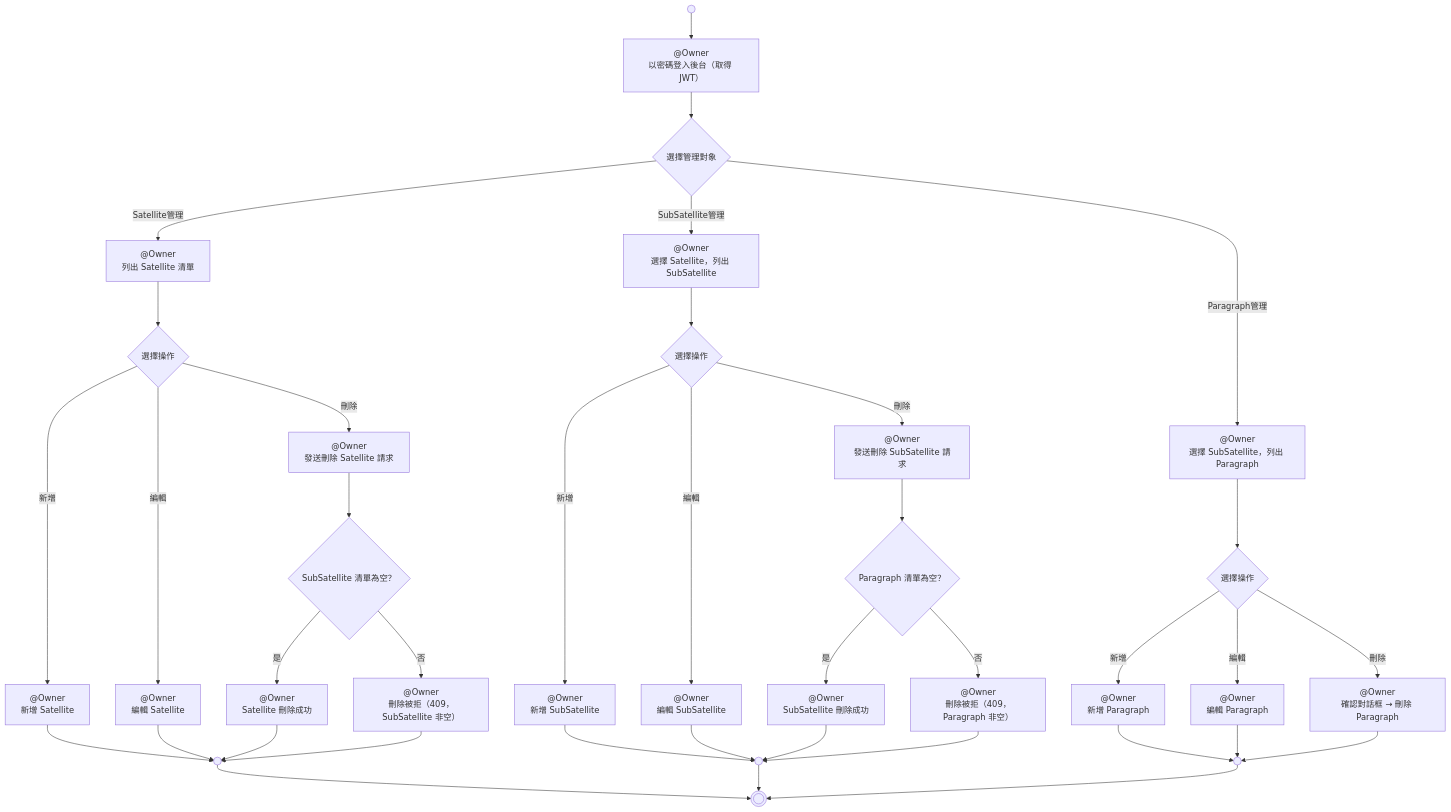
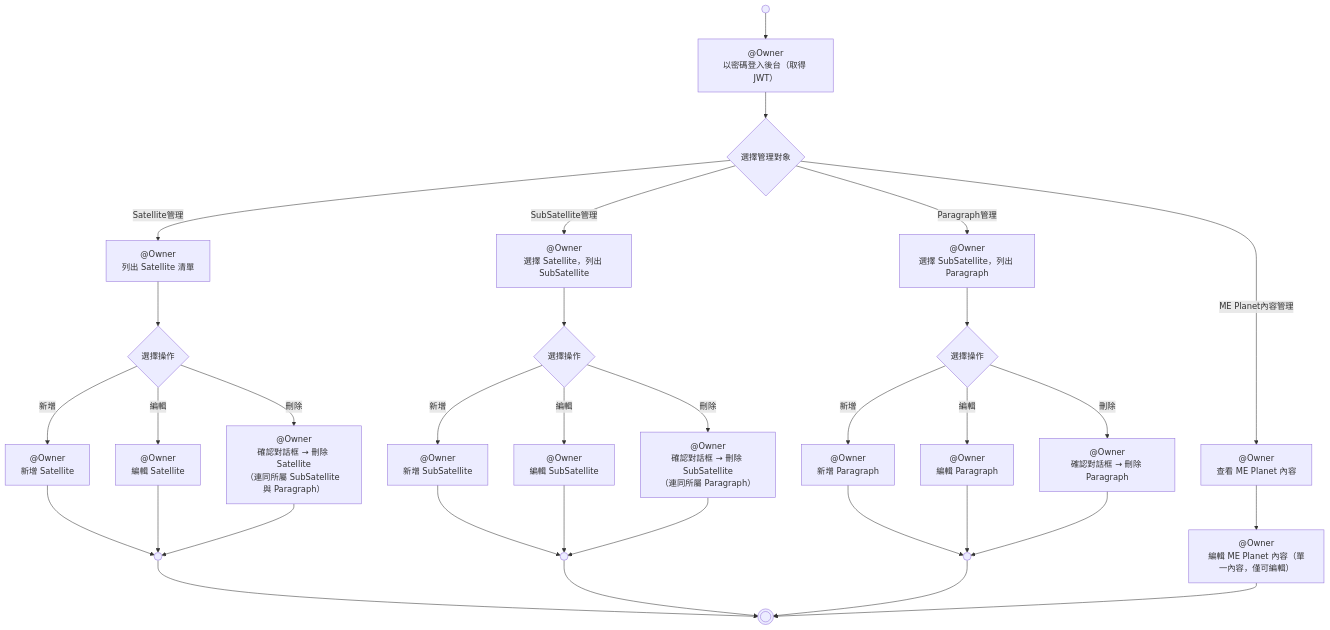
The diagram in specs/activities/後台管理流程.mmd (lallumeurRuby/ME_planet), drawn with Mermaid before and after one commit. The commit also changed 7 other files, not shown here.

Commit message:
feat: add specs, feature tests, and execution plan for ME planet modal cascade delete and content editing

```diff
--- a/specs/activities/後台管理流程.mmd
+++ b/specs/activities/後台管理流程.mmd
@@ -1,136 +1,121 @@
 %% ═══ 區段一：Activity 標頭與 Actor 宣告 ═══
 %% [ACTIVITY] 後台管理流程
 %% [ACTOR] Owner -> {specs/actors/擁有者.md}
 
 flowchart TD
 
 %% ═══ 區段二：節點定義 ═══
 
     Start(( ))
 
     %% [STEP:1] @Owner {features/admin/auth/進入後台.feature}
     S1["@Owner<br/>以密碼登入後台（取得 JWT）"]
 
     %% [DECISION:1a] 選擇管理對象
     D1a{"選擇管理對象"}
 
     %% ── Satellite 管理 ──
     %% [STEP:2] @Owner {features/visitor/universe/瀏覽3D宇宙.feature}
     S2["@Owner<br/>列出 Satellite 清單"]
 
     %% [DECISION:2a] 選擇 Satellite 操作
     D2a{"選擇操作"}
 
     %% [BRANCH:2a:新增] @Owner {features/admin/satellite/新增衛星.feature}
     B2a_create["@Owner<br/>新增 Satellite"]
 
     %% [BRANCH:2a:編輯] @Owner {features/admin/satellite/編輯衛星.feature}
     B2a_edit["@Owner<br/>編輯 Satellite"]
 
     %% [BRANCH:2a:刪除] @Owner {features/admin/satellite/刪除衛星.feature}
-    B2a_delete["@Owner<br/>發送刪除 Satellite 請求"]
-
-    %% [DECISION:2b] 確認 SubSatellite 清單是否為空
-    D2b{"SubSatellite 清單為空？"}
-
-    %% [BRANCH:2b:是] @Owner {features/admin/satellite/刪除衛星.feature}
-    B2b_empty["@Owner<br/>Satellite 刪除成功"]
-
-    %% [BRANCH:2b:否] @Owner {features/admin/satellite/刪除衛星.feature}
-    B2b_notempty["@Owner<br/>刪除被拒（409，SubSatellite 非空）"]
+    B2a_delete["@Owner<br/>確認對話框 → 刪除 Satellite<br/>（連同所屬 SubSatellite 與 Paragraph）"]
 
     %% [MERGE:2a]
     M2a(( ))
 
     %% ── SubSatellite 管理 ──
     %% [STEP:3] @Owner {features/visitor/universe/探索衛星.feature}
     S3["@Owner<br/>選擇 Satellite，列出 SubSatellite"]
 
     %% [DECISION:3a] 選擇 SubSatellite 操作
     D3a{"選擇操作"}
 
     %% [BRANCH:3a:新增] @Owner {features/admin/sub_satellite/新增子衛星.feature}
     B3a_create["@Owner<br/>新增 SubSatellite"]
 
     %% [BRANCH:3a:編輯] @Owner {features/admin/sub_satellite/編輯子衛星.feature}
     B3a_edit["@Owner<br/>編輯 SubSatellite"]
 
     %% [BRANCH:3a:刪除] @Owner {features/admin/sub_satellite/刪除子衛星.feature}
-    B3a_delete["@Owner<br/>發送刪除 SubSatellite 請求"]
-
-    %% [DECISION:3b] 確認 Paragraph 清單是否為空
-    D3b{"Paragraph 清單為空？"}
-
-    %% [BRANCH:3b:是] @Owner {features/admin/sub_satellite/刪除子衛星.feature}
-    B3b_empty["@Owner<br/>SubSatellite 刪除成功"]
-
-    %% [BRANCH:3b:否] @Owner {features/admin/sub_satellite/刪除子衛星.feature}
-    B3b_notempty["@Owner<br/>刪除被拒（409，Paragraph 非空）"]
+    B3a_delete["@Owner<br/>確認對話框 → 刪除 SubSatellite<br/>（連同所屬 Paragraph）"]
 
     %% [MERGE:3a]
     M3a(( ))
 
     %% ── Paragraph 管理 ──
     %% [STEP:4] @Owner {features/visitor/universe/查看段落.feature}
     S4["@Owner<br/>選擇 SubSatellite，列出 Paragraph"]
 
     %% [DECISION:4a] 選擇 Paragraph 操作
     D4a{"選擇操作"}
 
     %% [BRANCH:4a:新增] @Owner {features/admin/paragraph/新增段落.feature}
     B4a_create["@Owner<br/>新增 Paragraph"]
 
     %% [BRANCH:4a:編輯] @Owner {features/admin/paragraph/編輯段落.feature}
     B4a_edit["@Owner<br/>編輯 Paragraph"]
 
     %% [BRANCH:4a:刪除] @Owner {features/admin/paragraph/刪除段落.feature}
     B4a_delete["@Owner<br/>確認對話框 → 刪除 Paragraph"]
 
     %% [MERGE:4a]
     M4a(( ))
 
+    %% ── ME Planet 內容管理 ──
+    %% [STEP:5] @Owner {features/visitor/universe/查看ME星球.feature}
+    S5["@Owner<br/>查看 ME Planet 內容"]
+
+    %% [STEP:6] @Owner {features/admin/me_planet/編輯ME星球內容.feature}
+    S6["@Owner<br/>編輯 ME Planet 內容（單一內容，僅可編輯）"]
+
     End((( )))
 
 %% ═══ 區段三：邊定義 ═══
 
     Start --> S1
     S1 --> D1a
 
     D1a -- Satellite管理 --> S2
     D1a -- SubSatellite管理 --> S3
     D1a -- Paragraph管理 --> S4
+    D1a -- ME Planet內容管理 --> S5
 
     S2 --> D2a
     D2a -- 新增 --> B2a_create
     D2a -- 編輯 --> B2a_edit
     D2a -- 刪除 --> B2a_delete
     B2a_create --> M2a
     B2a_edit --> M2a
-    B2a_delete --> D2b
-    D2b -- 是 --> B2b_empty
-    D2b -- 否 --> B2b_notempty
-    B2b_empty --> M2a
-    B2b_notempty --> M2a
+    B2a_delete --> M2a
     M2a --> End
 
     S3 --> D3a
     D3a -- 新增 --> B3a_create
     D3a -- 編輯 --> B3a_edit
     D3a -- 刪除 --> B3a_delete
     B3a_create --> M3a
     B3a_edit --> M3a
-    B3a_delete --> D3b
-    D3b -- 是 --> B3b_empty
-    D3b -- 否 --> B3b_notempty
-    B3b_empty --> M3a
-    B3b_notempty --> M3a
+    B3a_delete --> M3a
     M3a --> End
 
     S4 --> D4a
     D4a -- 新增 --> B4a_create
     D4a -- 編輯 --> B4a_edit
     D4a -- 刪除 --> B4a_delete
     B4a_create --> M4a
     B4a_edit --> M4a
     B4a_delete --> M4a
     M4a --> End
+
+    S5 --> S6
+    S6 --> End
```
